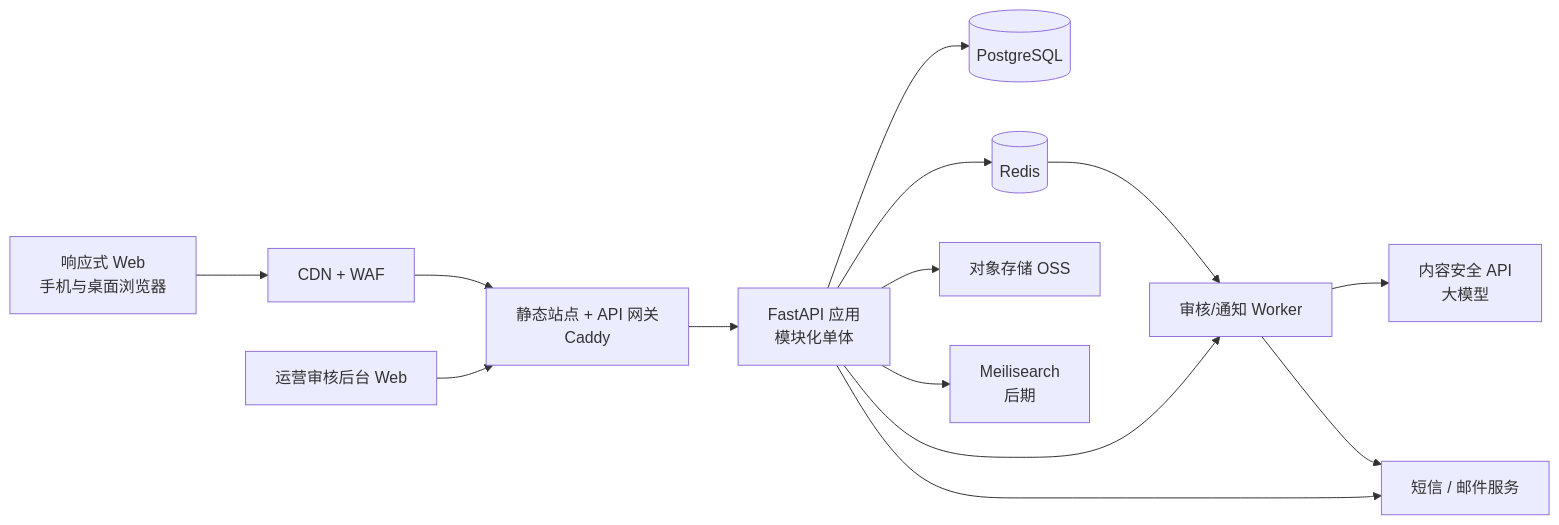
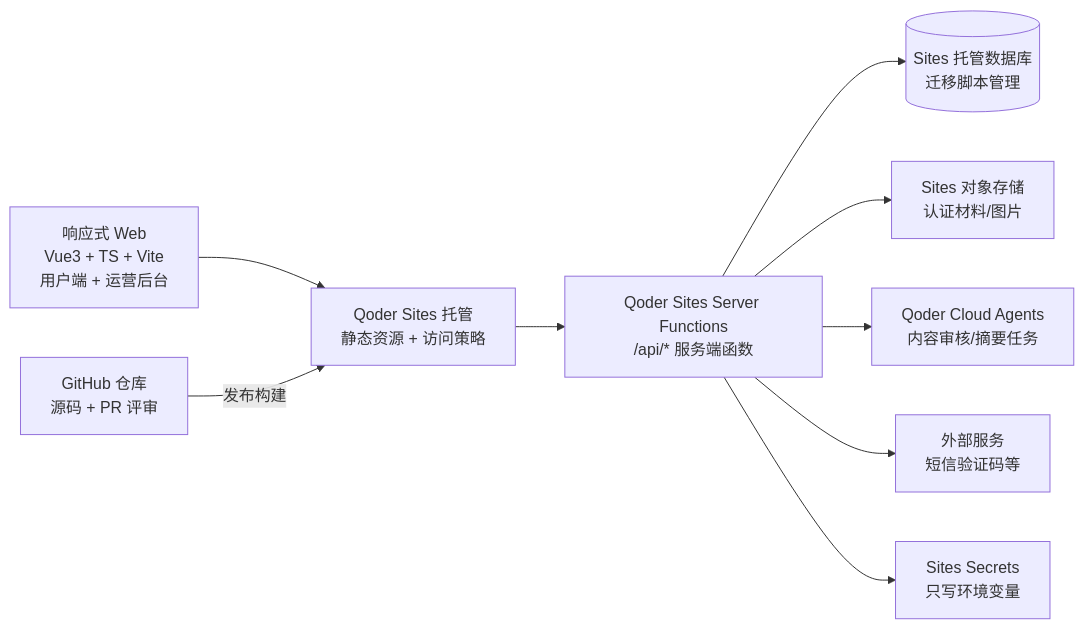
Before and after one commit to Clover1218/CareerQ: the first of 4 diagrams in docs/技术方案-职问桥.md, drawn with Mermaid. The commit also changed other lines of this file and 4 other files, not shown here.

First line of the commit message:
docs: 升级技术方案 v0.3（Qoder Sites 平台版）并落实方案 C

````diff
--- a/docs/技术方案-职问桥.md
+++ b/docs/技术方案-职问桥.md
@@ -36,16 +58,11 @@
 ```mermaid
 flowchart LR
-    A[响应式 Web<br/>手机与桌面浏览器] --> B[CDN + WAF]
-    B --> C[静态站点 + API 网关<br/>Caddy]
-    C --> D[FastAPI 应用<br/>模块化单体]
-    E[运营审核后台 Web] --> C
-    D --> F[(PostgreSQL)]
-    D --> G[(Redis)]
-    D --> H[对象存储 OSS]
-    D --> I[Meilisearch<br/>后期]
-    D --> J[审核/通知 Worker]
-    G --> J
-    J --> K[内容安全 API<br/>大模型]
-    D --> L[短信 / 邮件服务]
-    J --> L
+    A[响应式 Web<br/>Vue3 + TS + Vite<br/>用户端 + 运营后台] --> B[Qoder Sites 托管<br/>静态资源 + 访问策略]
+    B --> C[Qoder Sites Server Functions<br/>/api/* 服务端函数]
+    C --> D[(Sites 托管数据库<br/>迁移脚本管理)]
+    C --> E[Sites 对象存储<br/>认证材料/图片]
+    C --> F[Qoder Cloud Agents<br/>内容审核/摘要任务]
+    C --> G[外部服务<br/>短信验证码等]
+    C --> H[Sites Secrets<br/>只写环境变量]
+    I[GitHub 仓库<br/>源码 + PR 评审] -->|发布构建| B
 ```
````
